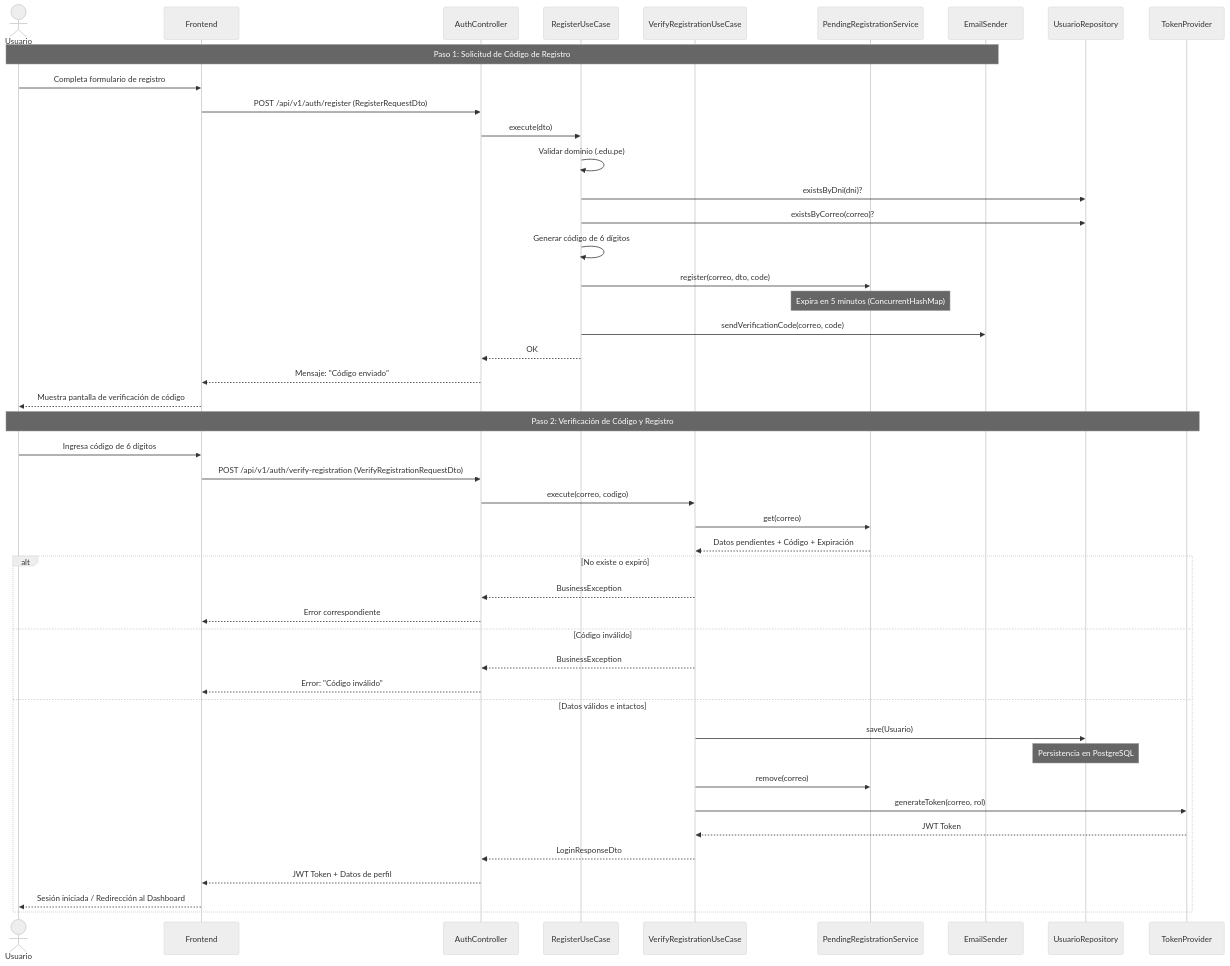
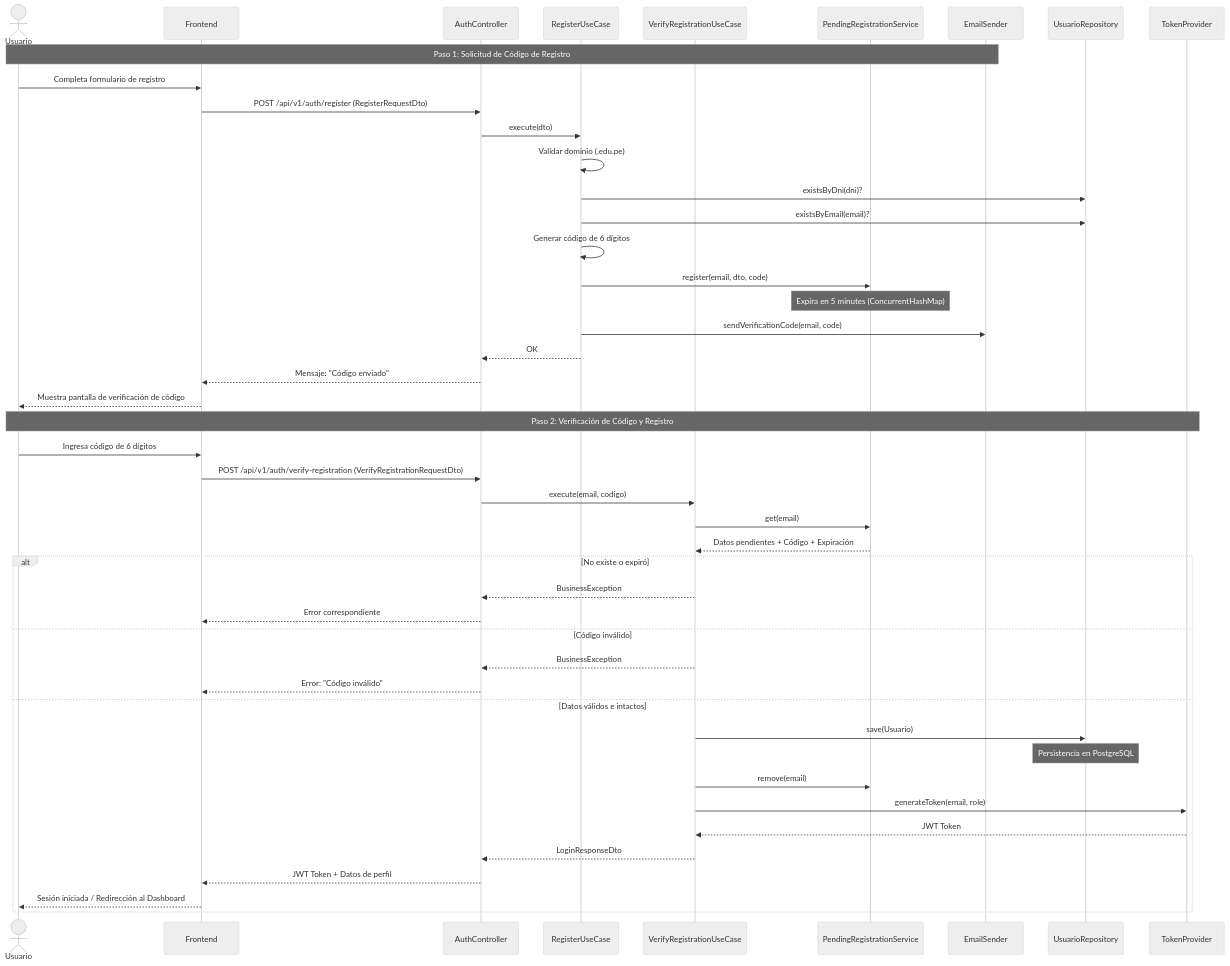
The first of 3 diagrams in fiis/docs/flujos_procesos.md (aleborromeo/SGI-FIIS-backend), drawn with Mermaid (neutral theme) before and after one commit. The commit also changed other lines of this file and 114 other files, not shown here.

````diff
--- a/fiis/docs/flujos_procesos.md
+++ b/fiis/docs/flujos_procesos.md
@@ -27,50 +27,50 @@
 ```mermaid
 sequenceDiagram
     actor Usuario
     participant Frontend
     participant AuthController
     participant RegisterUseCase
     participant VerifyRegistrationUseCase
     participant PendingRegistrationService
     participant EmailSender
     participant UsuarioRepository
     participant TokenProvider
 
     Note over Usuario, EmailSender: Paso 1: Solicitud de Código de Registro
     Usuario->>Frontend: Completa formulario de registro
     Frontend->>AuthController: POST /api/v1/auth/register (RegisterRequestDto)
     AuthController->>RegisterUseCase: execute(dto)
     RegisterUseCase->>RegisterUseCase: Validar dominio (.edu.pe)
     RegisterUseCase->>UsuarioRepository: existsByDni(dni)?
-    RegisterUseCase->>UsuarioRepository: existsByCorreo(correo)?
+    RegisterUseCase->>UsuarioRepository: existsByEmail(email)?
     RegisterUseCase->>RegisterUseCase: Generar código de 6 dígitos
-    RegisterUseCase->>PendingRegistrationService: register(correo, dto, code)
-    Note over PendingRegistrationService: Expira en 5 minutos (ConcurrentHashMap)
-    RegisterUseCase->>EmailSender: sendVerificationCode(correo, code)
+    RegisterUseCase->>PendingRegistrationService: register(email, dto, code)
+    Note over PendingRegistrationService: Expira en 5 minutes (ConcurrentHashMap)
+    RegisterUseCase->>EmailSender: sendVerificationCode(email, code)
     RegisterUseCase-->>AuthController: OK
     AuthController-->>Frontend: Mensaje: "Código enviado"
     Frontend-->>Usuario: Muestra pantalla de verificación de código
 
     Note over Usuario, TokenProvider: Paso 2: Verificación de Código y Registro
     Usuario->>Frontend: Ingresa código de 6 dígitos
     Frontend->>AuthController: POST /api/v1/auth/verify-registration (VerifyRegistrationRequestDto)
-    AuthController->>VerifyRegistrationUseCase: execute(correo, codigo)
-    VerifyRegistrationUseCase->>PendingRegistrationService: get(correo)
+    AuthController->>VerifyRegistrationUseCase: execute(email, codigo)
+    VerifyRegistrationUseCase->>PendingRegistrationService: get(email)
     PendingRegistrationService-->>VerifyRegistrationUseCase: Datos pendientes + Código + Expiración
     alt No existe o expiró
         VerifyRegistrationUseCase-->>AuthController: BusinessException
         AuthController-->>Frontend: Error correspondiente
     else Código inválido
         VerifyRegistrationUseCase-->>AuthController: BusinessException
         AuthController-->>Frontend: Error: "Código inválido"
     else Datos válidos e intactos
         VerifyRegistrationUseCase->>UsuarioRepository: save(Usuario)
         Note over UsuarioRepository: Persistencia en PostgreSQL
-        VerifyRegistrationUseCase->>PendingRegistrationService: remove(correo)
-        VerifyRegistrationUseCase->>TokenProvider: generateToken(correo, rol)
+        VerifyRegistrationUseCase->>PendingRegistrationService: remove(email)
+        VerifyRegistrationUseCase->>TokenProvider: generateToken(email, role)
         TokenProvider-->>VerifyRegistrationUseCase: JWT Token
         VerifyRegistrationUseCase-->>AuthController: LoginResponseDto
         AuthController-->>Frontend: JWT Token + Datos de perfil
         Frontend-->>Usuario: Sesión iniciada / Redirección al Dashboard
     end
 ```
````
